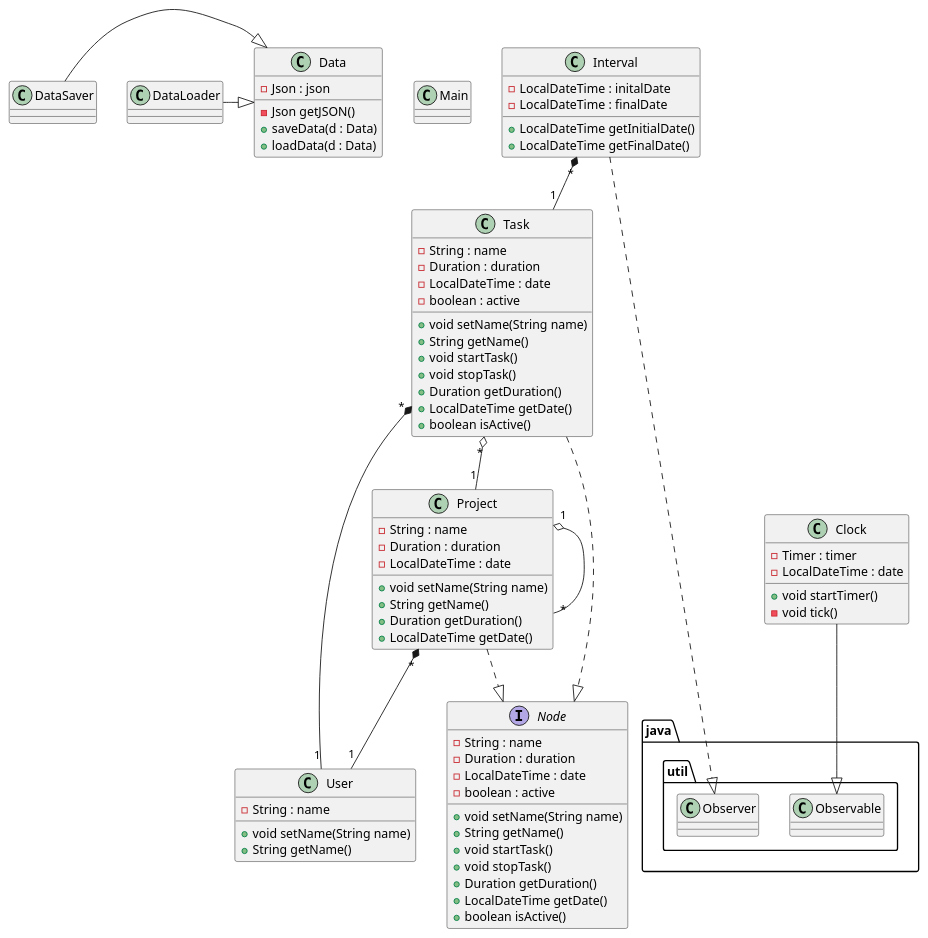
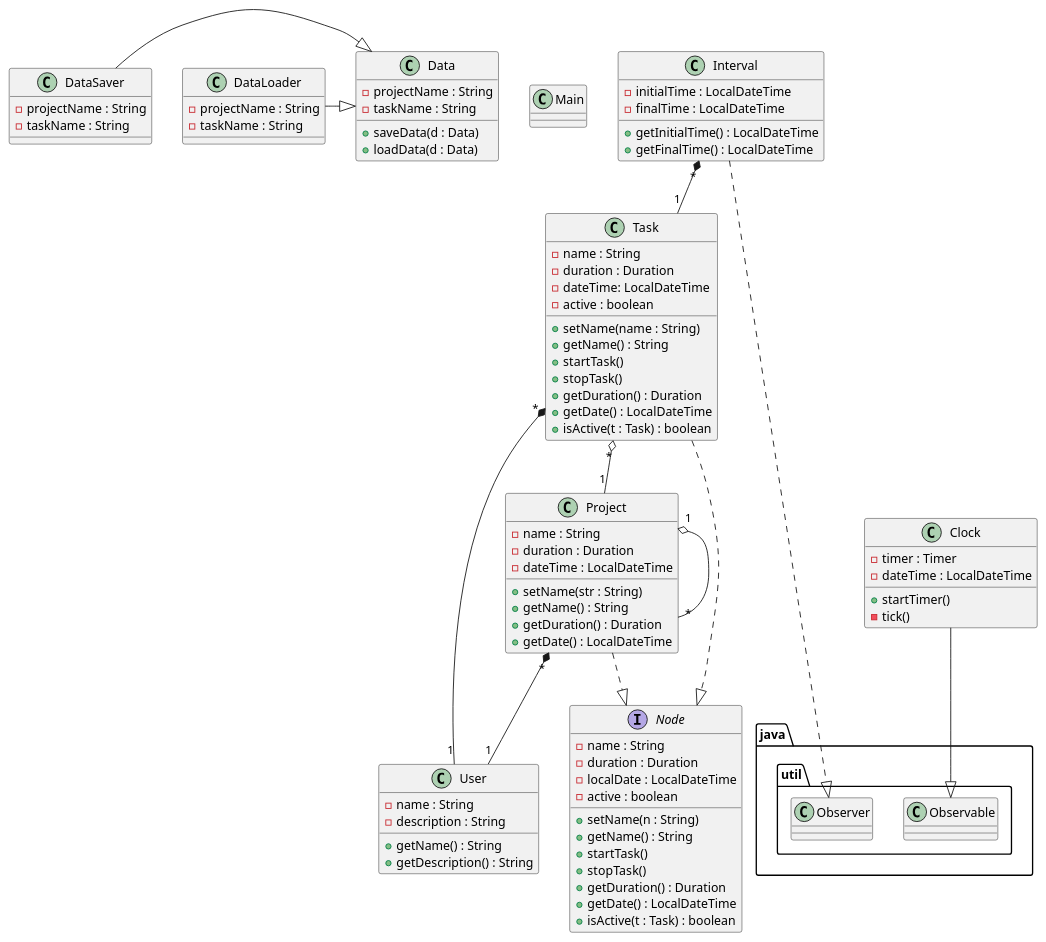
One commit to gonzaloarilla/DS_TimeTracker changed the diagram in src/uml.puml. Above: the diagram before and after it, drawn with PlantUML.

Commit message:
UML code revised and modified

```diff
--- a/src/uml.puml
+++ b/src/uml.puml
@@ -1,93 +1,94 @@
 @startuml
-
 class Main {
 }
 
 class User {
-+void setName(String name)
-+String getName()
--String : name
+- name : String
+- description : String
++ getName() : String
++ getDescription() : String
 }
 
 interface Node {
-+void setName(String name)
-+String getName()
-+void startTask()
-+void stopTask()
-+Duration getDuration()
-+LocalDateTime getDate()
-+boolean isActive()
--String : name
--Duration : duration
--LocalDateTime : date
--boolean : active
+- name : String
+- duration : Duration
+- localDate : LocalDateTime
+- active : boolean
++ setName(n : String)
++ getName() : String
++ startTask()
++ stopTask()
++ getDuration() : Duration
++ getDate() : LocalDateTime
++ isActive(t : Task) : boolean
 }
 
 class Project {
-+void setName(String name)
-+String getName()
-+Duration getDuration()
-+LocalDateTime getDate()
--String : name
--Duration : duration
--LocalDateTime : date
+- name : String
+- duration : Duration
+- dateTime : LocalDateTime
++ setName(str : String)
++ getName() : String
++ getDuration() : Duration
++ getDate() : LocalDateTime
 }
 
 class Task {
-+void setName(String name)
-+String getName()
-+void startTask()
-+void stopTask()
-+Duration getDuration()
-+LocalDateTime getDate()
-+boolean isActive()
--String : name
--Duration : duration
--LocalDateTime : date
--boolean : active
+- name : String
+- duration : Duration
+- dateTime: LocalDateTime
+- active : boolean
++ setName(name : String)
++ getName() : String
++ startTask()
++ stopTask()
++ getDuration() : Duration
++ getDate() : LocalDateTime
++ isActive(t : Task) : boolean
 }
 
 class Interval {
--LocalDateTime : initalDate
--LocalDateTime : finalDate
-+LocalDateTime getInitialDate()
-+LocalDateTime getFinalDate()
+- initialTime : LocalDateTime
+- finalTime : LocalDateTime
++ getInitialTime() : LocalDateTime
++ getFinalTime() : LocalDateTime
 
 }
 
-
 class Clock {
--Timer : timer
--LocalDateTime : date
-+void startTimer()
--void tick()
+- timer : Timer
+- dateTime : LocalDateTime
++ startTimer()
+- tick()
 }
 
 class Data {
-- Json : json
-- Json getJSON()
+- projectName : String
+- taskName : String
 + saveData(d : Data)
 + loadData(d : Data)
 }
 
 class DataSaver {
+- projectName : String
+- taskName : String
 }
 
 class DataLoader {
+- projectName : String
+- taskName : String
 }
 
 
 Project -.|> Node
 Task -.|> Node
 Clock -down-|> java.util.Observable
 Interval -.down.-|> java.util.Observer
 Project "1" o-- "*" Project
 Task "*" o-- "1" Project
 Interval "*" *-- "1" Task
 DataSaver -|> Data
 DataLoader -|> Data
 Task "*" *-- "1" User
 Project "*" *-- "1" User
-
-
 @enduml
```
